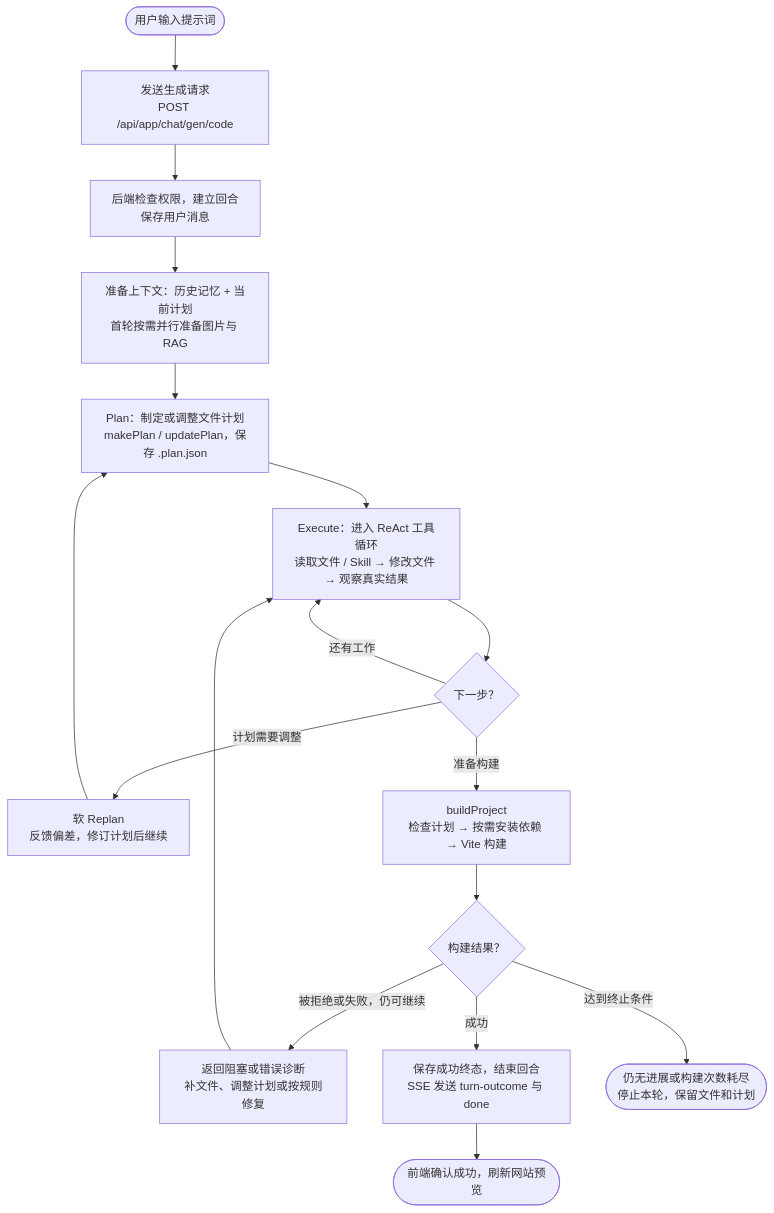
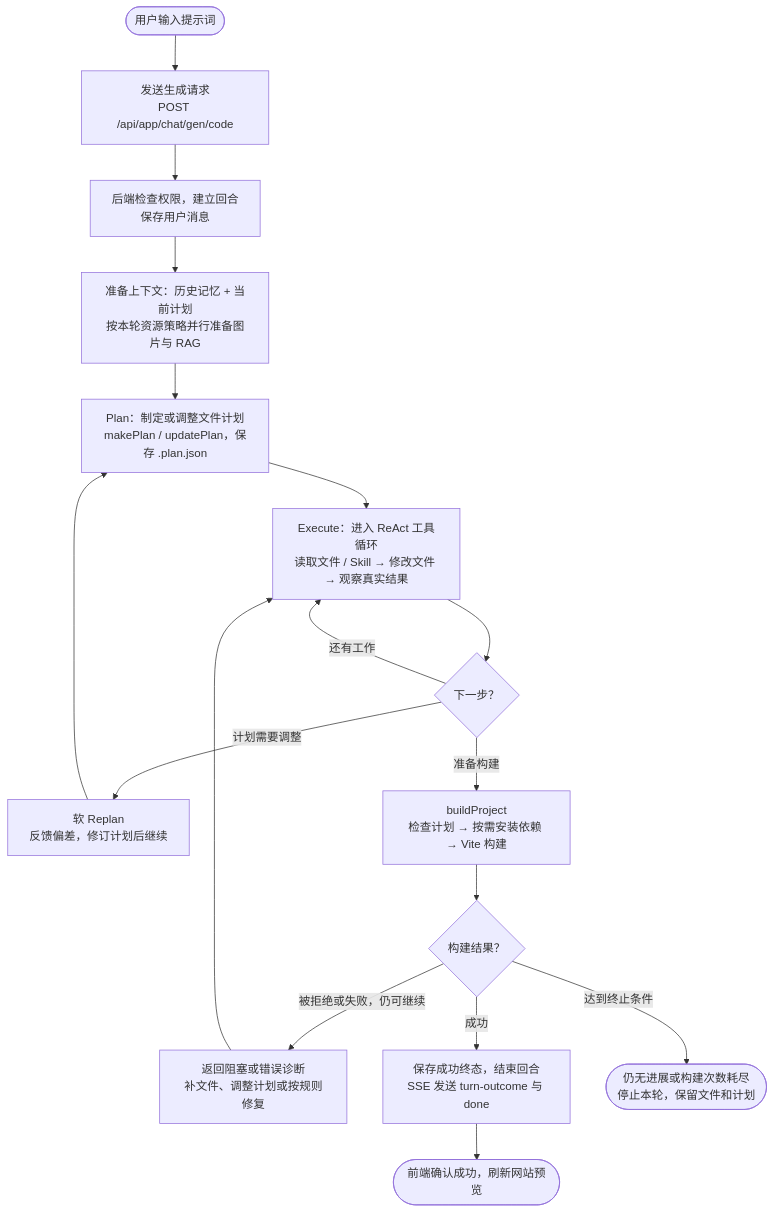
The first of 2 diagrams in README.md (lywnl/ai-app-generation), drawn with Mermaid before and after one commit. The commit also changed other lines of this file and 31 other files, not shown here.

````diff
--- a/README.md
+++ b/README.md
@@ -37,26 +37,26 @@
 ```mermaid
 flowchart TD
     USER(["用户输入提示词"])
     ENTRY["发送生成请求<br/>POST /api/app/chat/gen/code"]
     CHECK["后端检查权限，建立回合<br/>保存用户消息"]
-    CONTEXT["准备上下文：历史记忆 + 当前计划<br/>首轮按需并行准备图片与 RAG"]
+    CONTEXT["准备上下文：历史记忆 + 当前计划<br/>按本轮资源策略并行准备图片与 RAG"]
     PLAN["Plan：制定或调整文件计划<br/>makePlan / updatePlan，保存 .plan.json"]
     EXEC["Execute：进入 ReAct 工具循环<br/>读取文件 / Skill → 修改文件 → 观察真实结果"]
     NEXT{"下一步？"}
     REPLAN["软 Replan<br/>反馈偏差，修订计划后继续"]
     BUILD["buildProject<br/>检查计划 → 按需安装依赖 → Vite 构建"]
     RESULT{"构建结果？"}
     FIX["返回阻塞或错误诊断<br/>补文件、调整计划或按规则修复"]
     SUCCESS["保存成功终态，结束回合<br/>SSE 发送 turn-outcome 与 done"]
     PREVIEW(["前端确认成功，刷新网站预览"])
     STOP(["仍无进展或构建次数耗尽<br/>停止本轮，保留文件和计划"])
 
     USER --> ENTRY --> CHECK --> CONTEXT --> PLAN --> EXEC
     EXEC --> NEXT
     NEXT -->|"还有工作"| EXEC
     NEXT -->|"计划需要调整"| REPLAN --> PLAN
     NEXT -->|"准备构建"| BUILD --> RESULT
     RESULT -->|"被拒绝或失败，仍可继续"| FIX --> EXEC
     RESULT -->|"达到终止条件"| STOP
     RESULT -->|"成功"| SUCCESS --> PREVIEW
 ```
````
